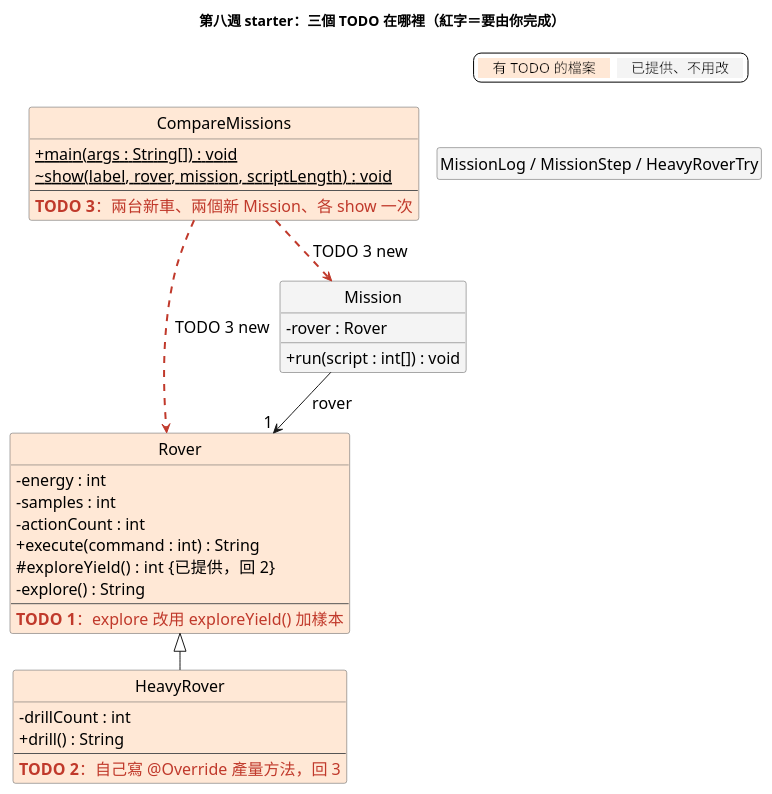
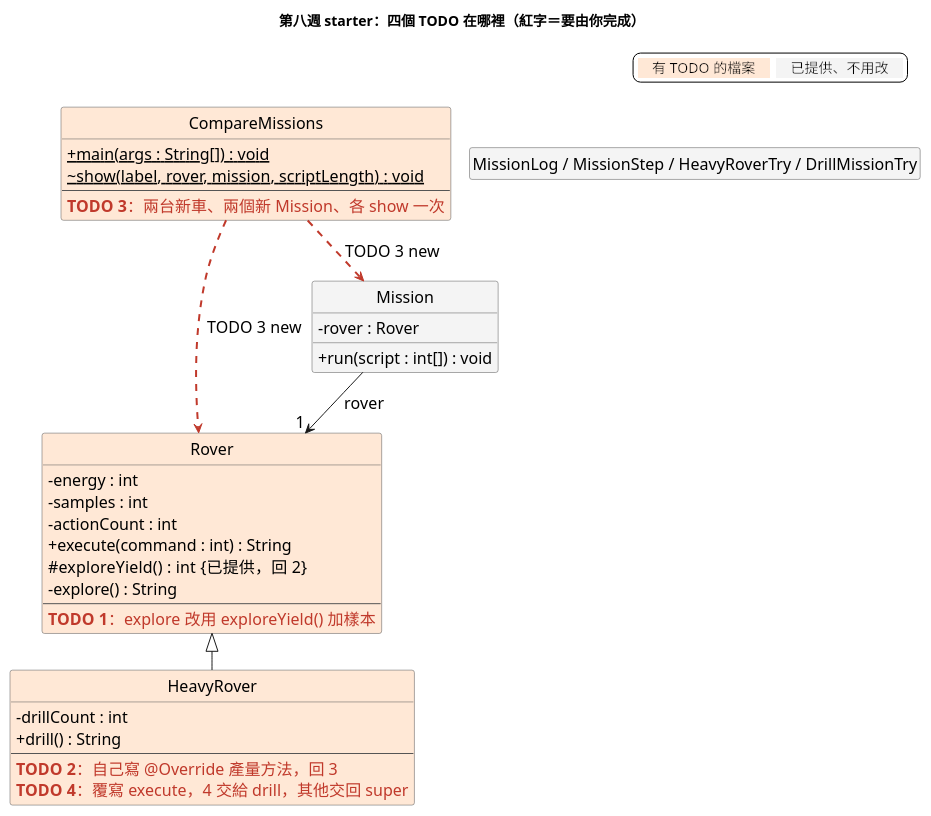
One commit to shuochenghu/115_1_Java_Tutorial changed the diagram in week08/codex版本/diagrams/starter_todo_claude.puml. Above: the diagram before and after it, drawn with PlantUML. The commit also changed 44 other files, not shown here.

```diff
--- a/week08/codex版本/diagrams/starter_todo_claude.puml
+++ b/week08/codex版本/diagrams/starter_todo_claude.puml
@@ -1,51 +1,52 @@
 @startuml
 !pragma layout smetana
 skinparam classAttributeIconSize 0
 skinparam defaultFontName "Microsoft JhengHei"
 skinparam defaultFontSize 16
 skinparam shadowing false
 skinparam classBorderColor #555555
 skinparam noteBackgroundColor #FFFBEA
 skinparam noteBorderColor #B39B4D
 skinparam backgroundColor #FFFFFF
 hide circle
 hide empty members
-title 第八週 starter：三個 TODO 在哪裡（紅字＝要由你完成）
+title 第八週 starter：四個 TODO 在哪裡（紅字＝要由你完成）
 
 legend top right
   <back:#FFE8D6>　有 TODO 的檔案　</back>  <back:#F4F4F4>　已提供、不用改　</back>
 endlegend
 
 class Rover #FFE8D6 {
   - energy : int
   - samples : int
   - actionCount : int
   + execute(command : int) : String
   # exploreYield() : int  {已提供，回 2}
   - explore() : String
   --
   <color:#C0392B><b>TODO 1</b>：explore 改用 exploreYield() 加樣本</color>
 }
 class HeavyRover #FFE8D6 {
   - drillCount : int
   + drill() : String
   --
   <color:#C0392B><b>TODO 2</b>：自己寫 @Override 產量方法，回 3</color>
+  <color:#C0392B><b>TODO 4</b>：覆寫 execute，4 交給 drill，其他交回 super</color>
 }
 class CompareMissions #FFE8D6 {
   + {static} main(args : String[]) : void
   ~ {static} show(label, rover, mission, scriptLength) : void
   --
   <color:#C0392B><b>TODO 3</b>：兩台新車、兩個新 Mission、各 show 一次</color>
 }
 class Mission #F4F4F4 {
   - rover : Rover
   + run(script : int[]) : void
 }
-class "MissionLog / MissionStep / HeavyRoverTry" as Given #F4F4F4
+class "MissionLog / MissionStep / HeavyRoverTry / DrillMissionTry" as Given #F4F4F4
 
 Rover <|-- HeavyRover
 Mission --> "1" Rover : rover
 CompareMissions .[#C0392B,thickness=2].> Mission : TODO 3 new
 CompareMissions .[#C0392B,thickness=2].> Rover : TODO 3 new
 @enduml
```
